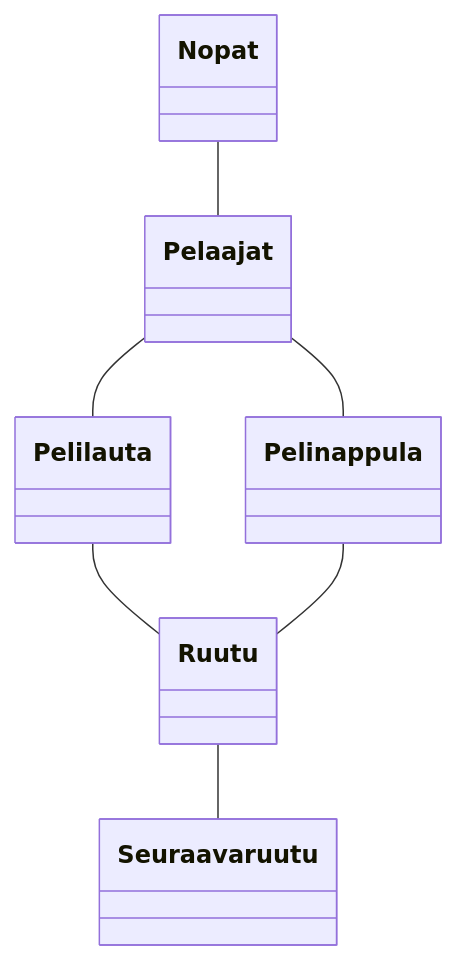
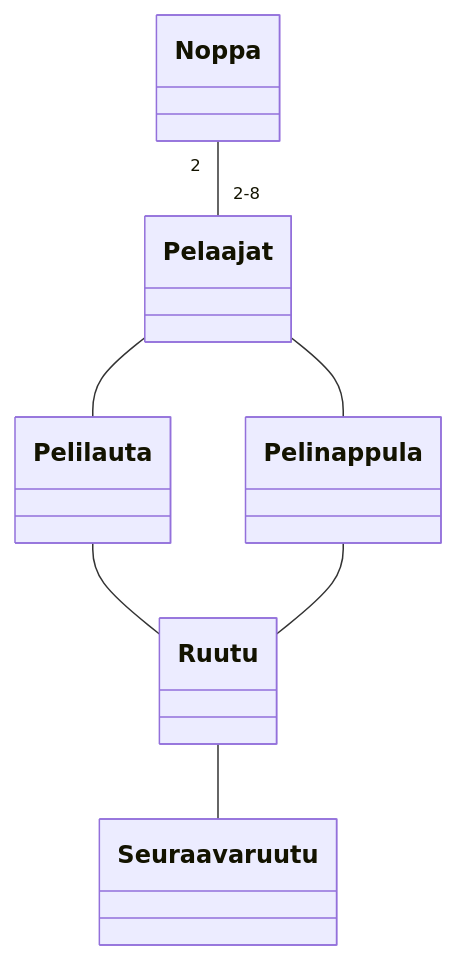
Before and after one commit to sohvip/ot-harjoitustyo: the diagram in laskarit/viikko3/monopoli_luokkakaavio.md, drawn with Mermaid.

````diff
--- a/laskarit/viikko3/monopoli_luokkakaavio.md
+++ b/laskarit/viikko3/monopoli_luokkakaavio.md
@@ -1,9 +1,9 @@
 ```mermaid
   classDiagram
-      Nopat -- Pelaajat
+      Noppa "2" -- "2-8" Pelaajat
       Pelaajat -- Pelilauta
       Pelilauta -- Ruutu
       Ruutu -- Seuraava ruutu
       Pelaajat -- Pelinappula
       Pelinappula -- Ruutu
 ```
````
